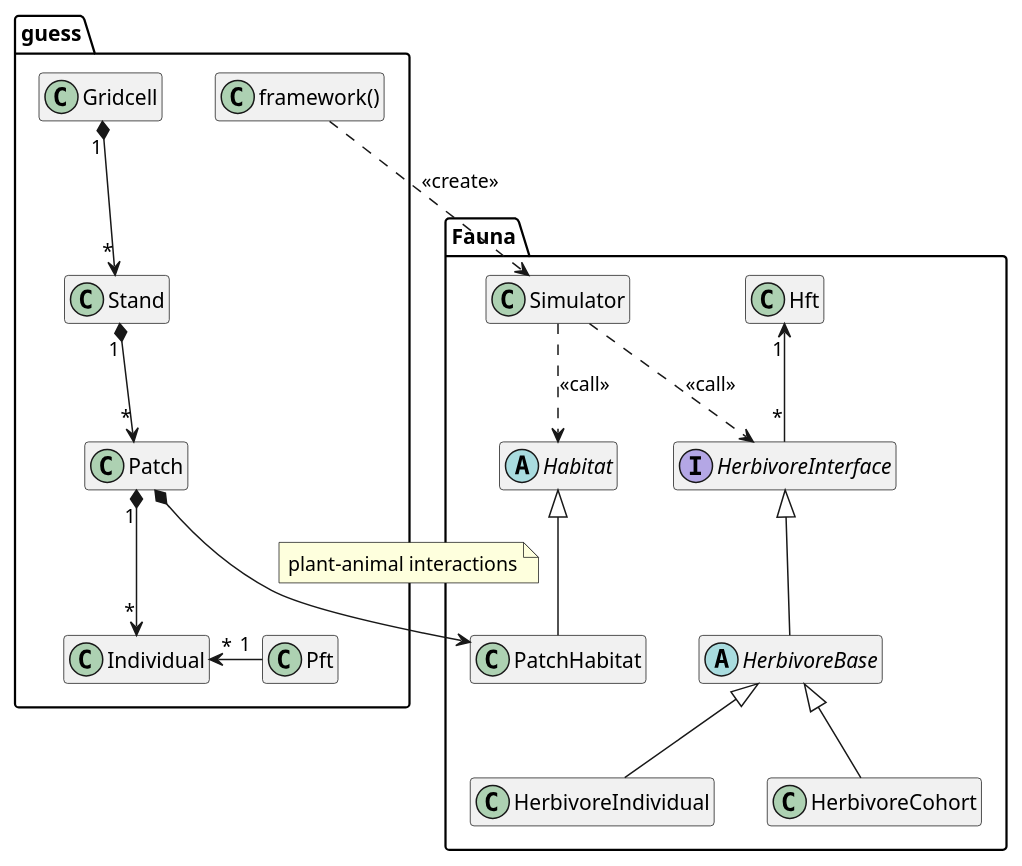
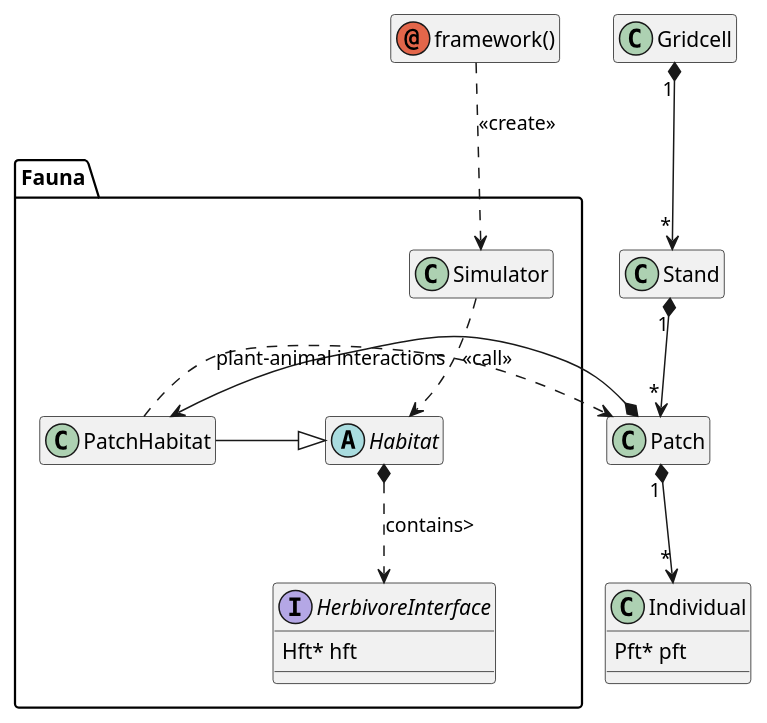
Before and after one commit to wtraylor/modular_megafauna_model: the first of 12 diagrams in doxygen/herbiv_design.md, drawn with PlantUML. The commit also changed other lines of this file and 45 other files, not shown here.

```diff
--- a/doxygen/herbiv_design.md
+++ b/doxygen/herbiv_design.md
@@ -37,29 +31,28 @@
 @startuml "Basic simulation classes in the Herbivory Module and their connection to LPJ-GUESS"
 
 hide members
 hide methods
 
-namespace guess {
-	class "framework()" as framework
-	Gridcell "1" *--> "*" Stand
-	Stand    "1" *--> "*" Patch
-	Pft      "1"  -left-> "*" Individual
-	Patch    "1" *--> "*" Individual
+annotation "framework()" as framework
+Gridcell "1" *--> "*" Stand
+Stand    "1" *--> "*" Patch
+Patch    "1" *--> "*" Individual
+class Individual{
+	Pft* pft
 }
+show Individual members
 
 namespace Fauna{
 	Simulator          ..> Habitat            : <<call>>
-	guess.framework    ..> Simulator          : <<create>>
-	Simulator          ..> HerbivoreInterface : <<call>>
-	PatchHabitat      <--* guess.Patch
-	note on link: plant–animal interactions
-	Hft           "1" <-- "*"  HerbivoreInterface
-	interface HerbivoreInterface
+	.framework          ..> Simulator          : <<create>>
+	PatchHabitat      <-right-* .Patch
+	PatchHabitat       ..> .Patch              : plant–animal interactions
+	Habitat           *..> HerbivoreInterface : contains>
+	interface HerbivoreInterface {
+		Hft* hft
+	}
+	show HerbivoreInterface members
 	abstract Habitat
-	abstract HerbivoreBase
-	Habitat            <|-- PatchHabitat
-	HerbivoreInterface <|-- HerbivoreBase
-	HerbivoreBase      <|-- HerbivoreIndividual
-	HerbivoreBase      <|-- HerbivoreCohort
+	Habitat            <|-left- PatchHabitat
 }
 @enduml
```
